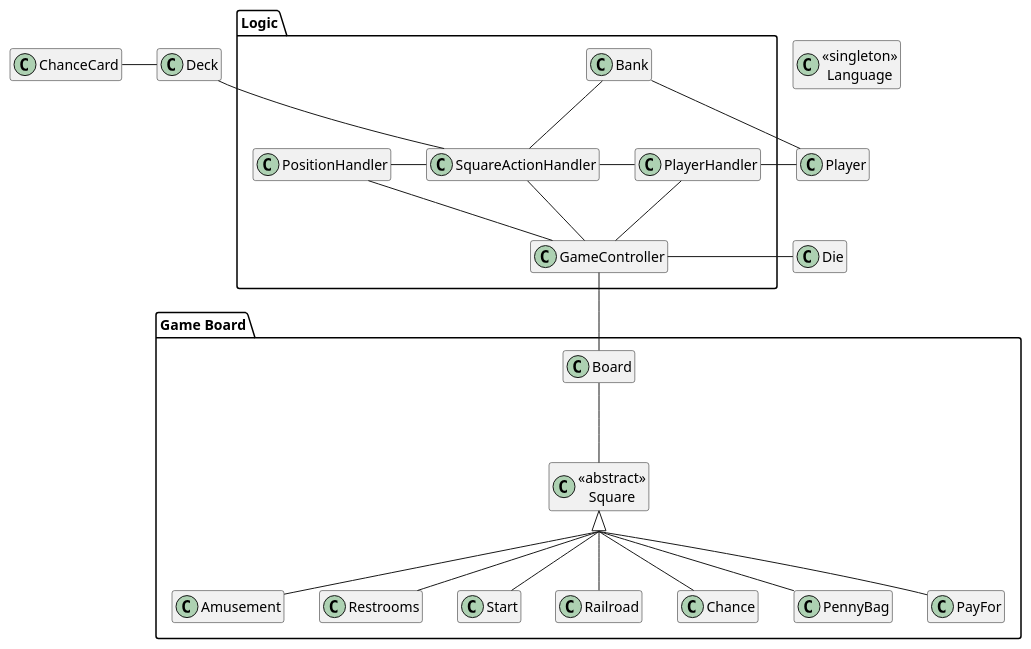
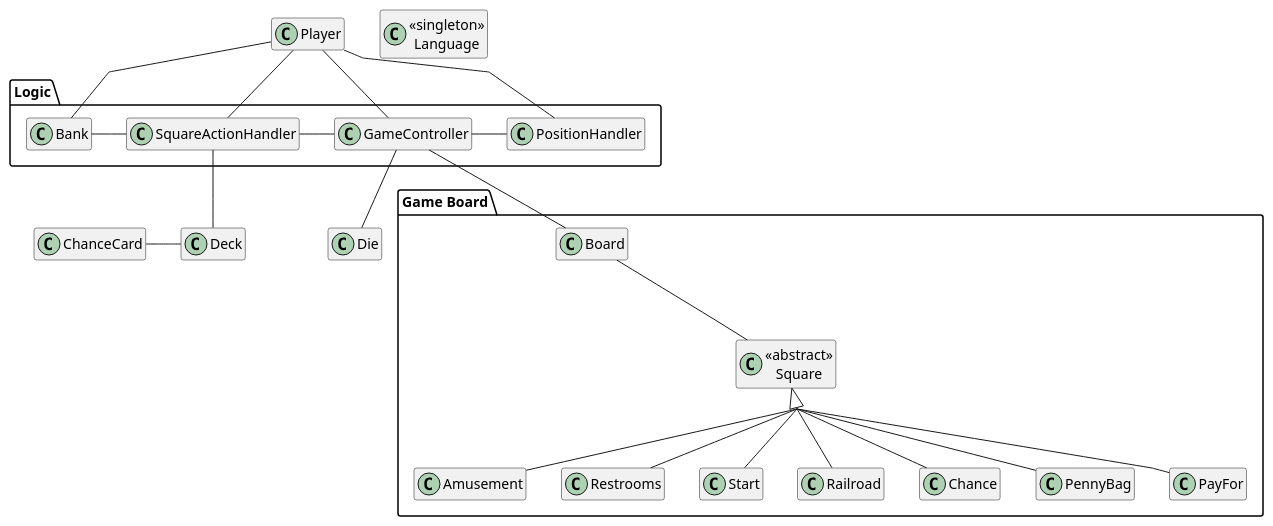
The diagram in diagrams/design2.puml (Greve2001/CDIO3), drawn with PlantUML before and after one commit. The commit also changed 2 other files, not shown here.

Commit message:
PlayerHandler and GameController class is merged as one

```diff
--- a/diagrams/design2.puml
+++ b/diagrams/design2.puml
@@ -1,60 +1,61 @@
 @startuml
 
 hide empty members
 skinparam groupInheritance 2
+
+skinparam linetype polyline
+
+
 
 
 class Die
 
 package "Game Board" {
     class Board
     class "<<abstract>>\nSquare" as Square
         class Amusement
         class Restrooms
         class Start
         class Railroad
         class Chance
         class PennyBag
         class PayFor
 }
 
 package Logic {
     class Bank
     class GameController
-    class PlayerHandler
     class PositionHandler
     class SquareActionHandler
 }
 
 class Deck
 class ChanceCard
 class Player
 class "<<singleton>>\nLanguage" as Language
 
 GameController -down- Board
-GameController -right- Die
+GameController -- Die
 
-GameController -up- PositionHandler
-GameController -up- SquareActionHandler
-    SquareActionHandler -left- PositionHandler
-    SquareActionHandler -right- PlayerHandler
-    SquareActionHandler -up- Bank
-    SquareActionHandler -up- Deck
-        Deck -left- ChanceCard
-GameController -up- PlayerHandler
-    PlayerHandler -right- Player
-        Player -- Bank
+GameController -left- SquareActionHandler
+    SquareActionHandler -left- Bank
+    SquareActionHandler -- Deck
+        Deck -left ChanceCard
+GameController -right- PositionHandler
 
-
+Player -down- SquareActionHandler
+Player -down- PositionHandler
+Player -down- GameController
+Player -down- Bank
 
 Board -- Square
 Square <|-- Restrooms
 Square <|-- Amusement
 Square <|-- Railroad
 Square <|-- PayFor
 Square <|-- PennyBag
 Square <|-- Start
 Square <|-- Chance
 
 
 @enduml
```
